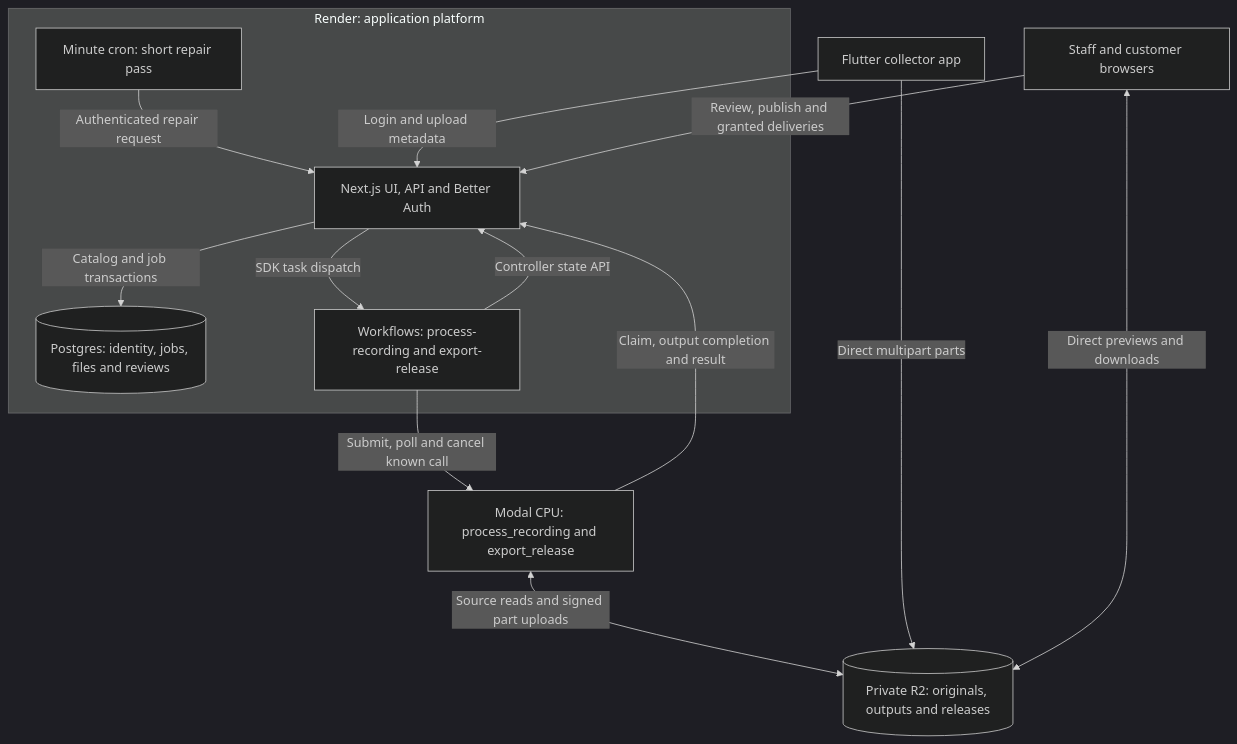
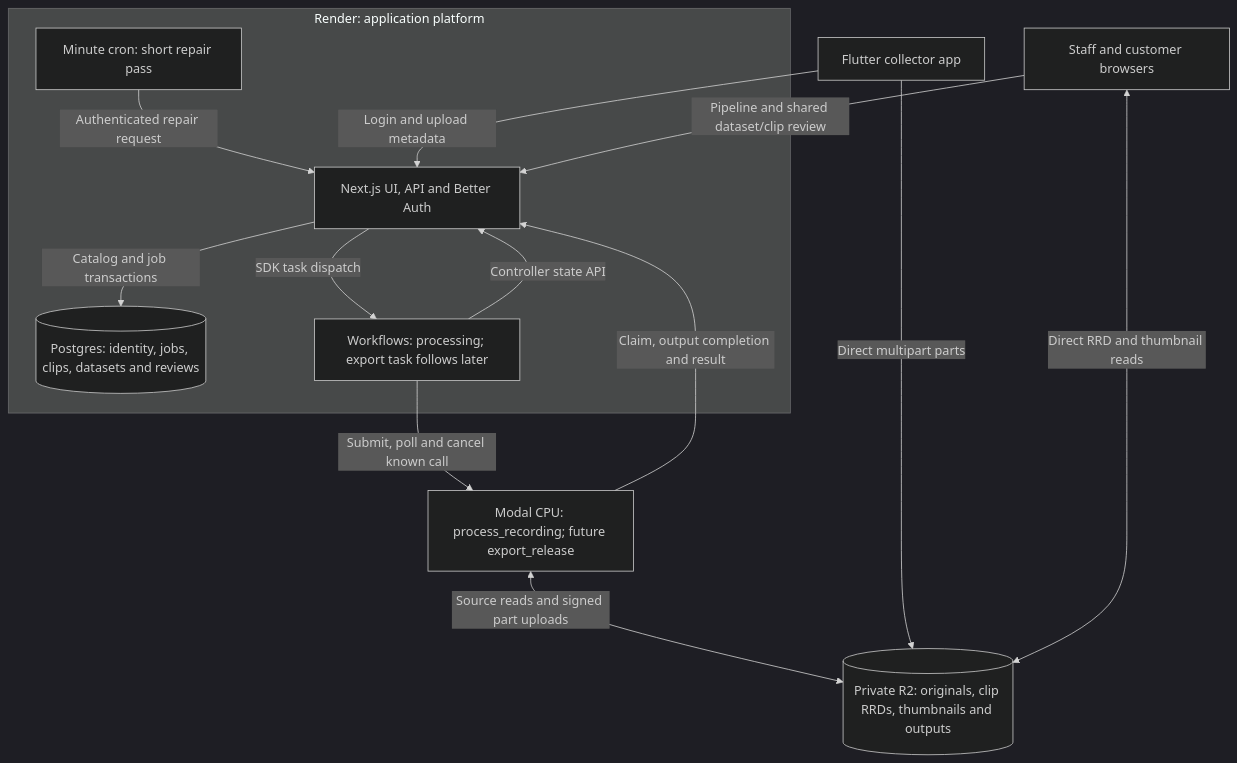
One commit to StateAction-ai/stateaction changed the diagram in docs/figures/render-platform.mmd. Above: the diagram before and after it, drawn with Mermaid (dark theme). The commit also changed 36 other files, not shown here.

Commit message:
docs: add shared dataset browser and Rerun clip review

```diff
--- a/docs/figures/render-platform.mmd
+++ b/docs/figures/render-platform.mmd
@@ -1,22 +1,22 @@
 flowchart TD
     phone["Flutter collector app"]
     browser["Staff and customer browsers"]
     subgraph render["Render: application platform"]
         web["Next.js UI, API and Better Auth"]
-        db[("Postgres: identity, jobs, files and reviews")]
+        db[("Postgres: identity, jobs, clips, datasets and reviews")]
         repair["Minute cron: short repair pass"]
-        tasks["Workflows: process-recording and export-release"]
+        tasks["Workflows: processing; export task follows later"]
         web -->|"Catalog and job transactions"| db
         repair -->|"Authenticated repair request"| web
         web -->|"SDK task dispatch"| tasks
         tasks -->|"Controller state API"| web
     end
-    objects[("Private R2: originals, outputs and releases")]
-    workers["Modal CPU: process_recording and export_release"]
+    objects[("Private R2: originals, clip RRDs, thumbnails and outputs")]
+    workers["Modal CPU: process_recording; future export_release"]
     phone -->|"Login and upload metadata"| web
-    browser -->|"Review, publish and granted deliveries"| web
+    browser -->|"Pipeline and shared dataset/clip review"| web
     phone -->|"Direct multipart parts"| objects
-    browser <-->|"Direct previews and downloads"| objects
+    browser <-->|"Direct RRD and thumbnail reads"| objects
     tasks -->|"Submit, poll and cancel known call"| workers
     workers -->|"Claim, output completion and result"| web
     workers <-->|"Source reads and signed part uploads"| objects
```
